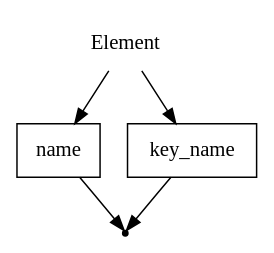
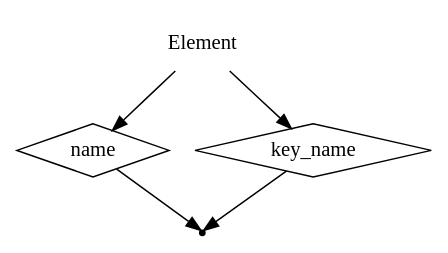
The diagram in DSLTools/examples/rbnf/wirth/Element.gv (EgorGoluzin/DSL), drawn with Graphviz before and after one commit. The commit also changed 5 other files, not shown here.

```diff
--- a/DSLTools/examples/rbnf/wirth/Element.gv
+++ b/DSLTools/examples/rbnf/wirth/Element.gv
@@ -1,10 +1,10 @@
 digraph Element {
     start [label = "Element" shape = plaintext];
     end [label = "" shape = point];
-    A [label = "name" shape = box];
-    B [label = "key_name" shape = box];
+    A [label = "name" shape = diamond];
+    B [label = "key_name" shape = diamond];
     start -> A;
     start -> B;
     A -> end;
     B -> end;
 }
```
